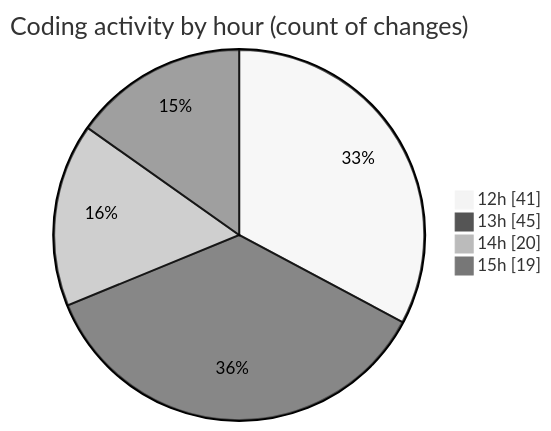
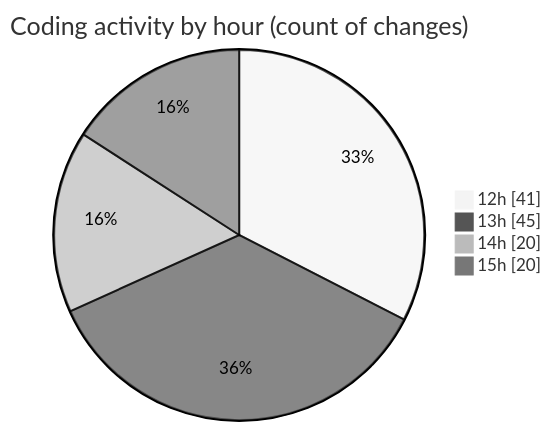
One commit to momahboobian/code-tracking changed the second of 2 diagrams in 2025-12-02/cda/README.md. Above: the diagram before and after it, drawn with Mermaid (neutral theme). The commit also changed other lines of this file and 1 other file, not shown here.

````diff
--- a/2025-12-02/cda/README.md
+++ b/2025-12-02/cda/README.md
@@ -40,8 +40,8 @@
 ```mermaid
 pie showData
 title Coding activity by hour (count of changes)
 "12h" : 41
 "13h" : 45
 "14h" : 20
-"15h" : 19
+"15h" : 20
 ```
````
